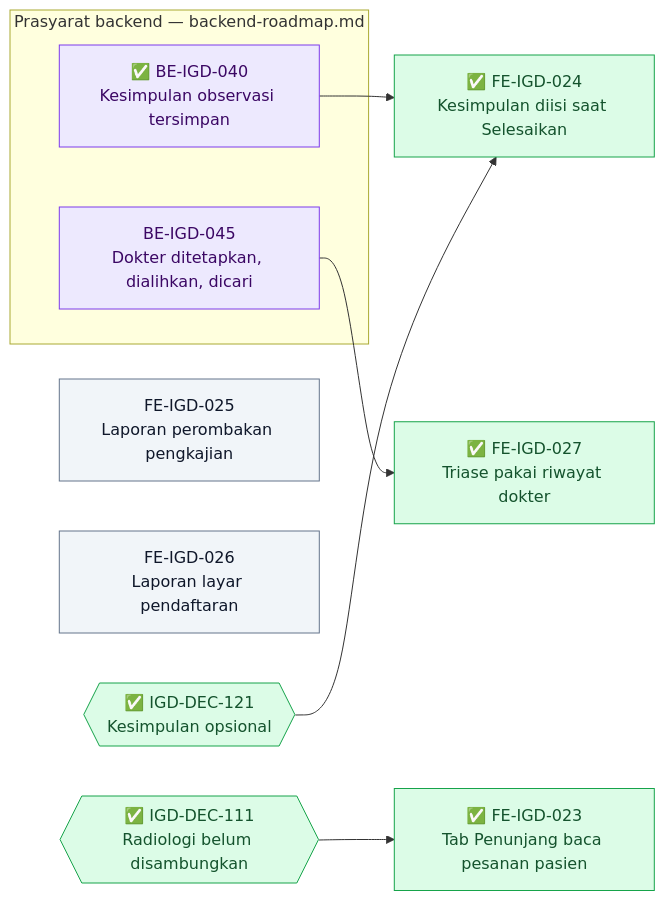
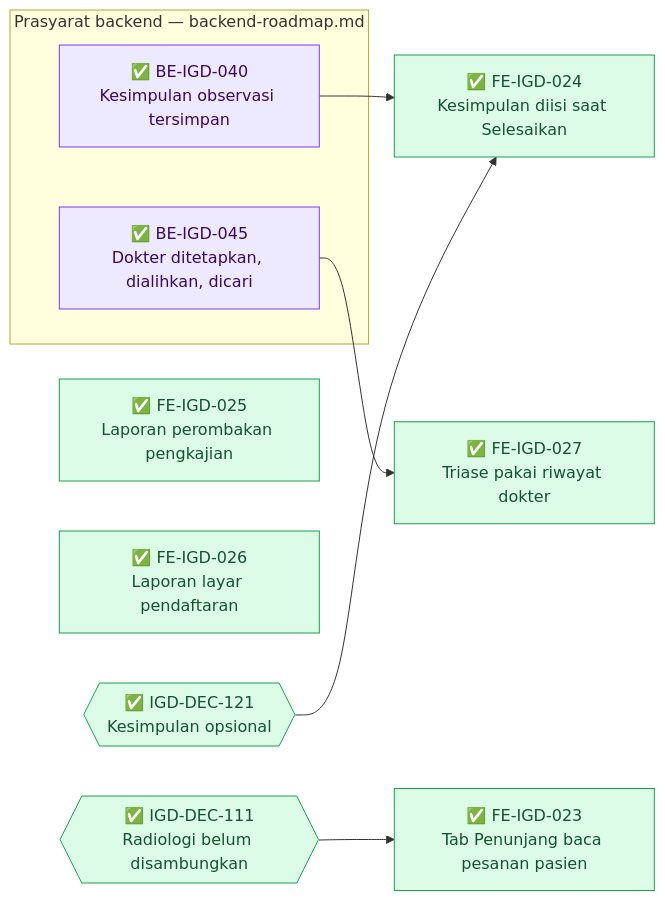
Before and after one commit to DevBenari/NewQuilvianSystemBackend: the seventh of 19 diagrams in docs/module-blueprints/igd/roadmap/frontend-roadmap.md, drawn with Mermaid. The commit also changed other lines of this file and 10 other files, not shown here.

````diff
--- a/docs/module-blueprints/igd/roadmap/frontend-roadmap.md
+++ b/docs/module-blueprints/igd/roadmap/frontend-roadmap.md
@@ -781,26 +781,26 @@
 ```mermaid
 flowchart LR
     classDef selesai fill:#DCFCE7,stroke:#16A34A,color:#14532D
     classDef sebagian fill:#FEF9C3,stroke:#CA8A04,color:#713F12
     classDef terblokir fill:#FEE2E2,stroke:#DC2626,color:#7F1D1D
     classDef belum fill:#F1F5F9,stroke:#64748B,color:#0F172A
     classDef luar fill:#EDE9FE,stroke:#7C3AED,color:#3B0764
 
     subgraph backend["Prasyarat backend — backend-roadmap.md"]
         BEIGD040["✅ BE-IGD-040<br/>Kesimpulan observasi tersimpan"]:::luar
-        BEIGD045["BE-IGD-045<br/>Dokter ditetapkan, dialihkan, dicari"]:::luar
+        BEIGD045["✅ BE-IGD-045<br/>Dokter ditetapkan, dialihkan, dicari"]:::luar
     end
 
     DEC111{{"✅ IGD-DEC-111<br/>Radiologi belum disambungkan"}}:::selesai
     DEC121{{"✅ IGD-DEC-121<br/>Kesimpulan opsional"}}:::selesai
     FEIGD023["✅ FE-IGD-023<br/>Tab Penunjang baca pesanan pasien"]:::selesai
     FEIGD024["✅ FE-IGD-024<br/>Kesimpulan diisi saat Selesaikan"]:::selesai
-    FEIGD025["FE-IGD-025<br/>Laporan perombakan pengkajian"]:::belum
-    FEIGD026["FE-IGD-026<br/>Laporan layar pendaftaran"]:::belum
+    FEIGD025["✅ FE-IGD-025<br/>Laporan perombakan pengkajian"]:::selesai
+    FEIGD026["✅ FE-IGD-026<br/>Laporan layar pendaftaran"]:::selesai
     FEIGD027["✅ FE-IGD-027<br/>Triase pakai riwayat dokter"]:::selesai
 
     DEC111 --> FEIGD023
     BEIGD040 --> FEIGD024
     DEC121 --> FEIGD024
     BEIGD045 --> FEIGD027
 ```
````
